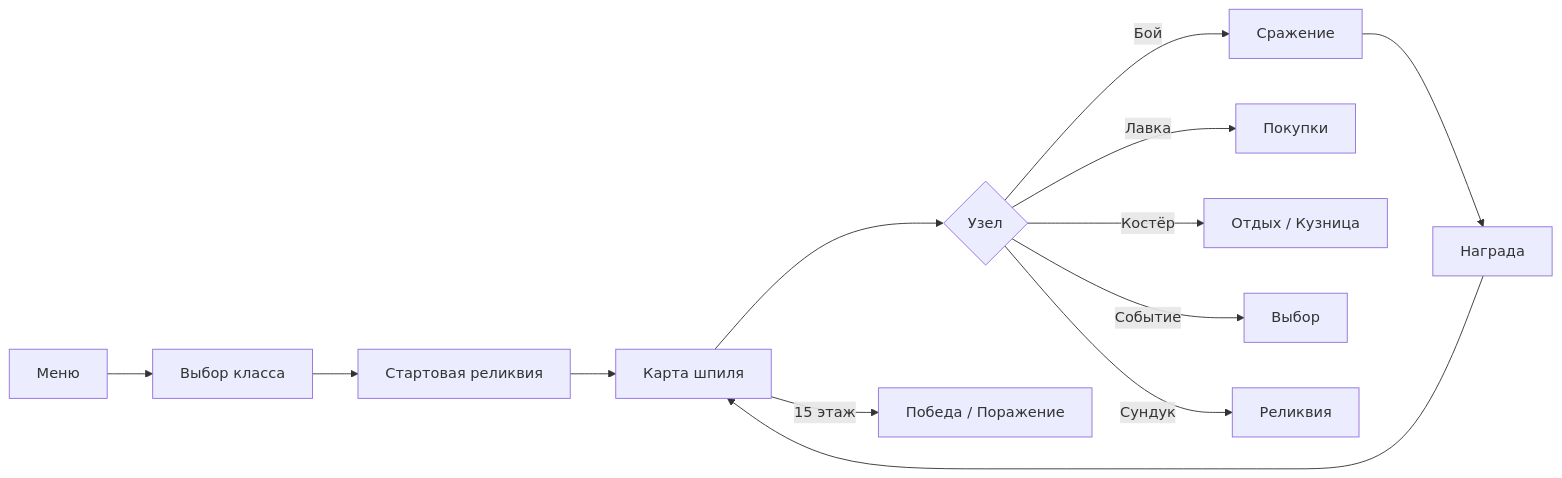
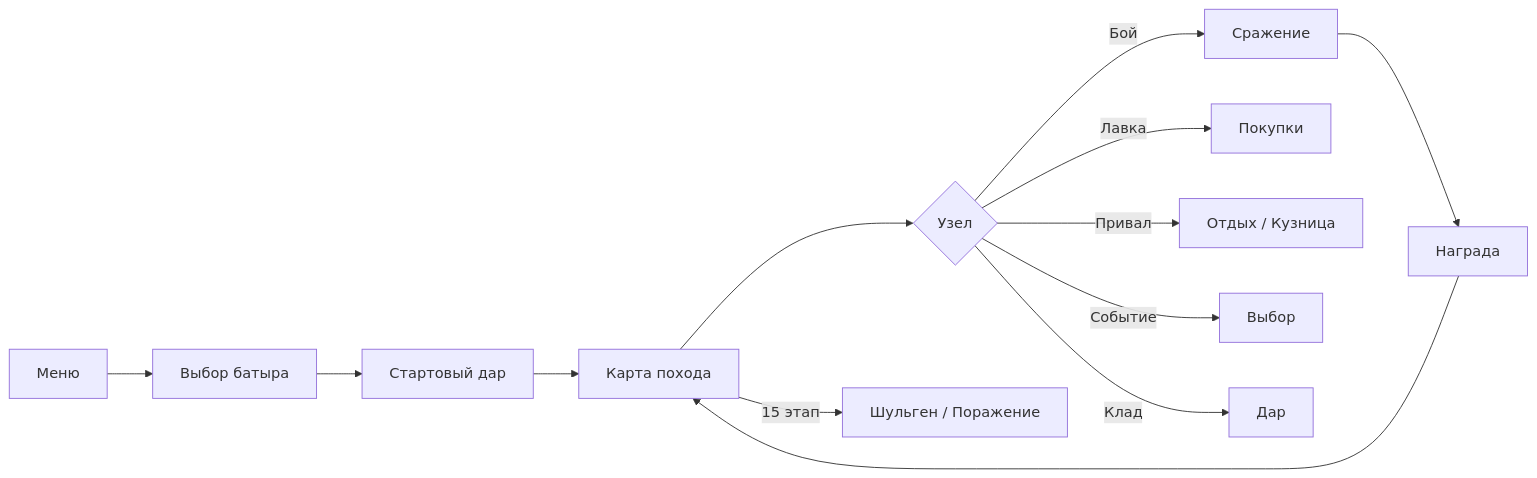
One commit to Spirzen/OnlineCardGame changed the diagram in README.md. Above: the diagram before and after it, drawn with Mermaid. The commit also changed other lines of this file and 23 other files, not shown here.

````diff
--- a/README.md
+++ b/README.md
@@ -101,15 +135,15 @@
 ```mermaid
 flowchart LR
-  A[Меню] --> B[Выбор класса]
-  B --> C[Стартовая реликвия]
-  C --> D[Карта шпиля]
+  A[Меню] --> B[Выбор батыра]
+  B --> C[Стартовый дар]
+  C --> D[Карта похода]
   D --> E{Узел}
   E -->|Бой| F[Сражение]
   E -->|Лавка| G[Покупки]
-  E -->|Костёр| H[Отдых / Кузница]
+  E -->|Привал| H[Отдых / Кузница]
   E -->|Событие| I[Выбор]
-  E -->|Сундук| J[Реликвия]
+  E -->|Клад| J[Дар]
   F --> K[Награда]
   K --> D
-  D -->|15 этаж| L[Победа / Поражение]
+  D -->|15 этап| L[Шульген / Поражение]
 ```
````
